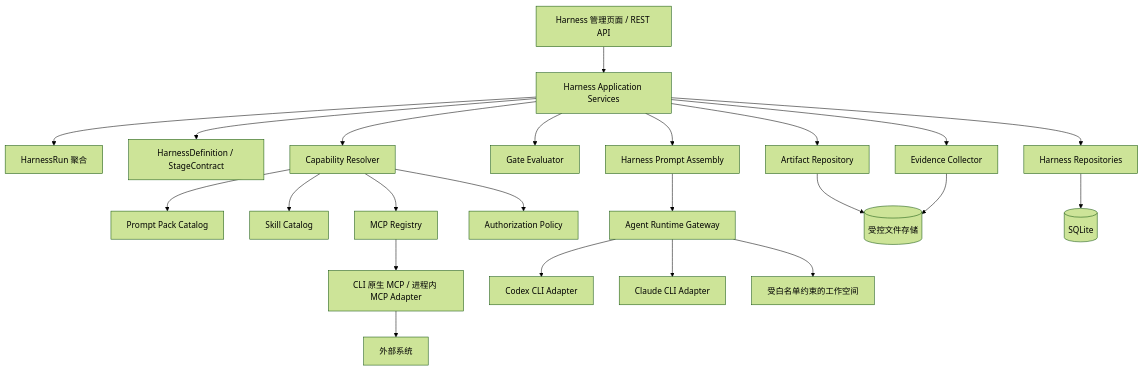
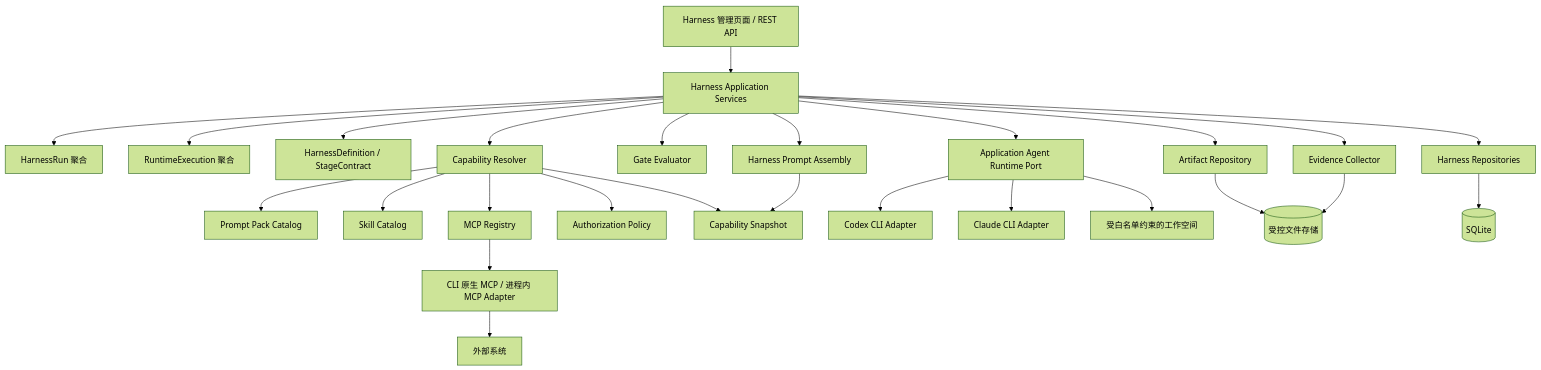
One commit to zhourui392/agent-web changed the first of 2 diagrams in docs/harness/01-target-harness-architecture.md. Above: the diagram before and after it, drawn with Mermaid (forest theme). The commit also changed other lines of this file and 121 other files, not shown here.

````diff
--- a/docs/harness/01-target-harness-architecture.md
+++ b/docs/harness/01-target-harness-architecture.md
@@ -109,29 +115,32 @@
 ```mermaid
 flowchart TB
     UI[Harness 管理页面 / REST API] --> APP[Harness Application Services]
     APP --> RUN[HarnessRun 聚合]
+    APP --> EXEC[RuntimeExecution 聚合]
     APP --> DEF[HarnessDefinition / StageContract]
     APP --> RESOLVER[Capability Resolver]
     APP --> GATE[Gate Evaluator]
 
     RESOLVER --> PROMPT[Prompt Pack Catalog]
     RESOLVER --> SKILL[Skill Catalog]
     RESOLVER --> MCP[MCP Registry]
     RESOLVER --> POLICY[Authorization Policy]
 
+    RESOLVER --> SNAPSHOT[Capability Snapshot]
     APP --> ASSEMBLY[Harness Prompt Assembly]
-    ASSEMBLY --> RUNTIME[Agent Runtime Gateway]
+    ASSEMBLY --> SNAPSHOT
+    APP --> RUNTIME[Application Agent Runtime Port]
     RUNTIME --> CODEX[Codex CLI Adapter]
     RUNTIME --> CLAUDE[Claude CLI Adapter]
 
     APP --> ARTIFACT[Artifact Repository]
     APP --> EVIDENCE[Evidence Collector]
     APP --> REPO[Harness Repositories]
     REPO --> SQLITE[(SQLite)]
     ARTIFACT --> BLOB[(受控文件存储)]
     EVIDENCE --> BLOB
 
     RUNTIME --> WORKSPACE[受白名单约束的工作空间]
     MCP --> MCPRUNTIME[CLI 原生 MCP / 进程内 MCP Adapter]
     MCPRUNTIME --> EXT[外部系统]
 ```
````
